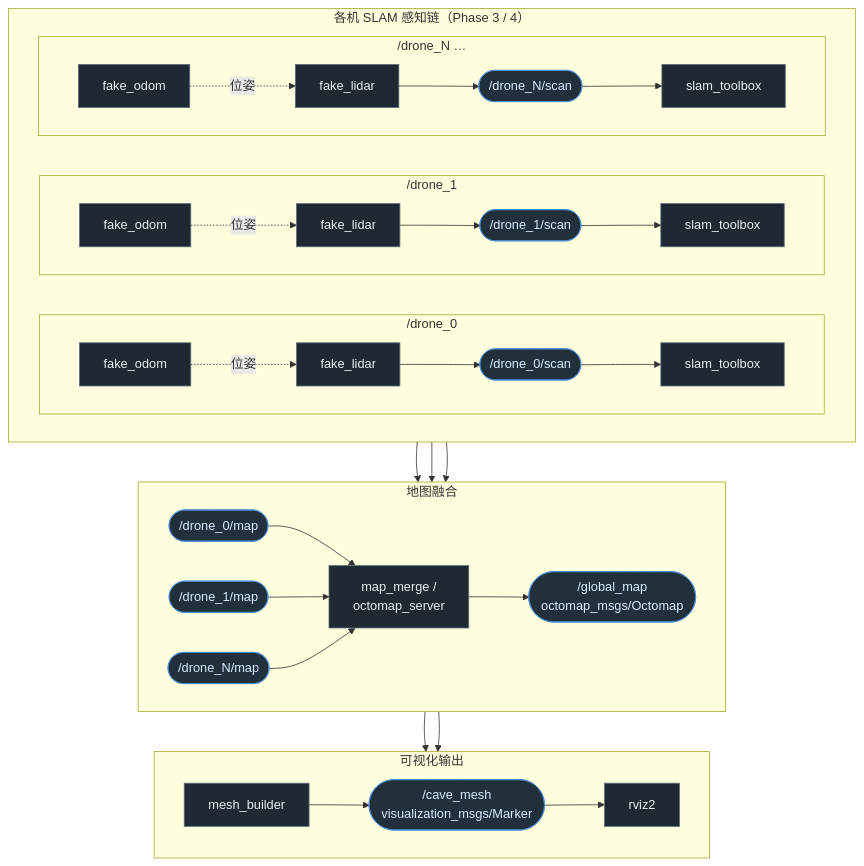
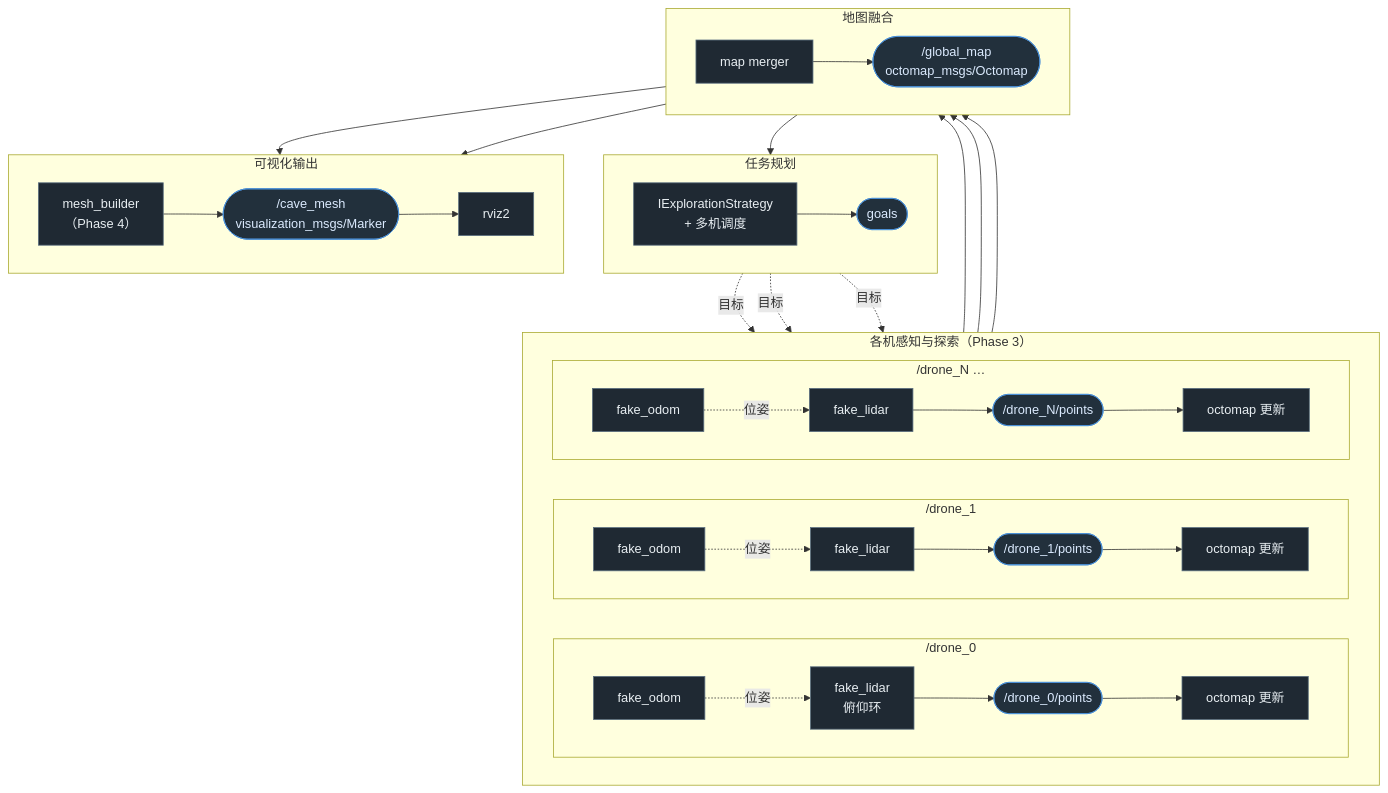
Before and after one commit to qian-loong/alien_scanner: the fourth of 4 diagrams in docs/xenomorph-scanner-plan.md, drawn with Mermaid. The commit also changed other lines of this file and 3 other files, not shown here.

First line of the commit message:
docs: add Phase 3 unknown-exploration swarm plan

````diff
--- a/docs/xenomorph-scanner-plan.md
+++ b/docs/xenomorph-scanner-plan.md
@@ -355,64 +361,68 @@
 ```mermaid
 flowchart TB
-    subgraph SWARM["各机 SLAM 感知链（Phase 3 / 4）"]
+    subgraph SWARM["各机感知与探索（Phase 3）"]
         direction LR
         subgraph D0["/drone_0"]
             direction LR
             O0["fake_odom"]
-            L0["fake_lidar"]
-            S0["slam_toolbox"]
+            L0["fake_lidar<br/>俯仰环"]
+            OCT0["octomap 更新"]
             O0 -. 位姿 .-> L0
-            L0 --> SC0(["/drone_0/scan"]) --> S0
+            L0 --> P0(["/drone_0/points"]) --> OCT0
         end
         subgraph D1["/drone_1"]
             direction LR
             O1["fake_odom"]
             L1["fake_lidar"]
-            S1["slam_toolbox"]
+            OCT1["octomap 更新"]
             O1 -. 位姿 .-> L1
-            L1 --> SC1(["/drone_1/scan"]) --> S1
+            L1 --> P1(["/drone_1/points"]) --> OCT1
         end
         subgraph DN["/drone_N …"]
             direction LR
             ON["fake_odom"]
             LN["fake_lidar"]
-            SN["slam_toolbox"]
+            OCTN["octomap 更新"]
             ON -. 位姿 .-> LN
-            LN --> SCN(["/drone_N/scan"]) --> SN
+            LN --> PN(["/drone_N/points"]) --> OCTN
         end
+    end
+
+    subgraph PLAN["任务规划"]
+        direction LR
+        STRAT["IExplorationStrategy<br/>+ 多机调度"]
+        G0(["goals"])
+        STRAT --> G0
     end
 
     subgraph FUSE["地图融合"]
         direction LR
-        M0(["/drone_0/map"])
-        M1(["/drone_1/map"])
-        MN(["/drone_N/map"])
-        MERGE["map_merge /<br/>octomap_server"]
+        MERGE["map merger"]
         GM(["/global_map<br/>octomap_msgs/Octomap"])
-
-        M0 --> MERGE
-        M1 --> MERGE
-        MN --> MERGE
+        OCT0 --> MERGE
+        OCT1 --> MERGE
+        OCTN --> MERGE
         MERGE --> GM
+        GM --> STRAT
     end
 
     subgraph DISPLAY["可视化输出"]
         direction LR
-        MESH["mesh_builder"]
+        MESH["mesh_builder<br/>（Phase 4）"]
         MK(["/cave_mesh<br/>visualization_msgs/Marker"])
         RVIZ["rviz2"]
 
         GM --> MESH
         GM --> RVIZ
         MESH --> MK --> RVIZ
     end
 
-    S0 --> M0
-    S1 --> M1
-    SN --> MN
+    G0 -. 目标 .-> O0
+    G0 -. 目标 .-> O1
+    G0 -. 目标 .-> ON
 
     classDef node fill:#1f2933,stroke:#5c7080,color:#e8eef2;
     classDef topic fill:#22303c,stroke:#4a90d9,color:#dbeafe;
-    class O0,L0,S0,O1,L1,S1,ON,LN,SN,MERGE,MESH,RVIZ node;
-    class SC0,SC1,SCN,M0,M1,MN,GM,MK topic;
+    class O0,L0,OCT0,O1,L1,OCT1,ON,LN,OCTN,STRAT,MERGE,MESH,RVIZ node;
+    class P0,P1,PN,G0,GM,MK topic;
 ```
````
